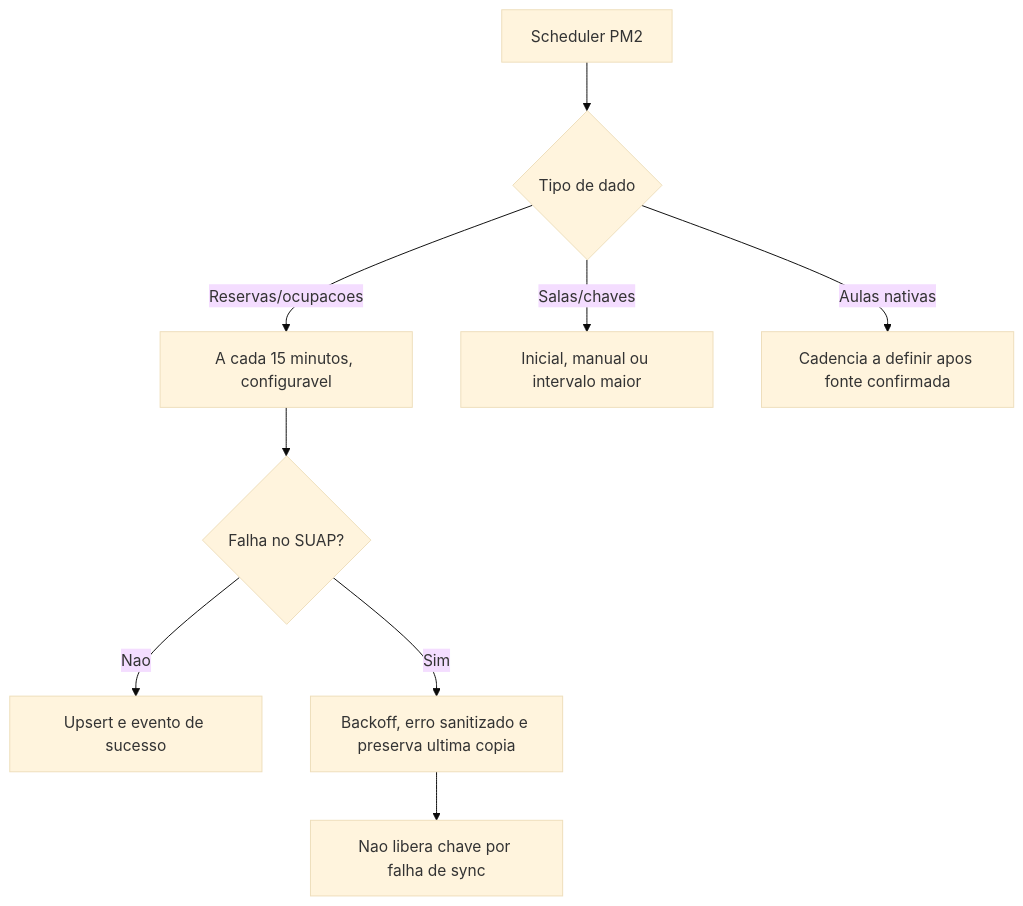
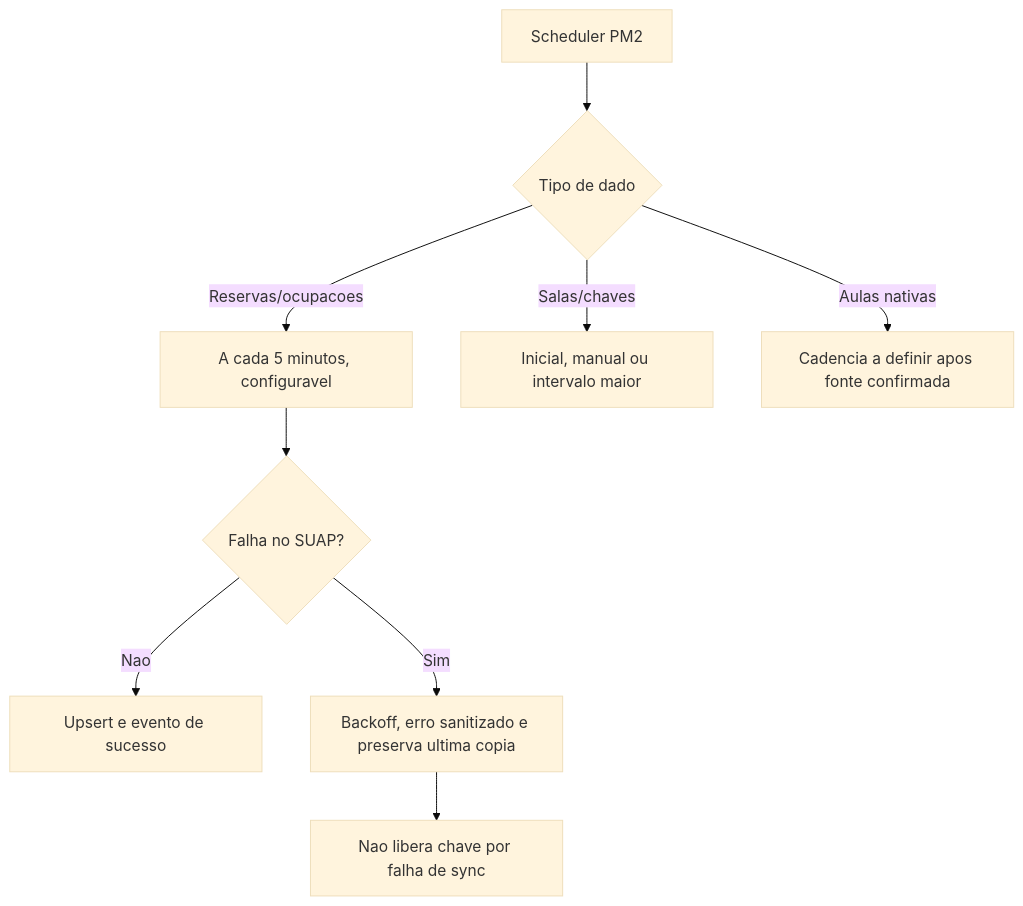
Before and after one commit to jacsonlinux/chaveiro-ifbaps: the sixth of 15 diagrams in docs/diagramas.md, drawn with Mermaid (base theme). The commit also changed other lines of this file and 11 other files, not shown here.

````diff
--- a/docs/diagramas.md
+++ b/docs/diagramas.md
@@ -136,11 +136,11 @@
 ```mermaid
 flowchart TD
     A[Scheduler PM2] --> B{Tipo de dado}
-    B -->|Reservas/ocupacoes| C[A cada 15 minutos, configuravel]
+    B -->|Reservas/ocupacoes| C[A cada 5 minutos, configuravel]
     B -->|Salas/chaves| D[Inicial, manual ou intervalo maior]
     B -->|Aulas nativas| E[Cadencia a definir apos fonte confirmada]
     C --> F{Falha no SUAP?}
     F -->|Nao| G[Upsert e evento de sucesso]
     F -->|Sim| H[Backoff, erro sanitizado e preserva ultima copia]
     H --> I[Nao libera chave por falha de sync]
 ```
````
